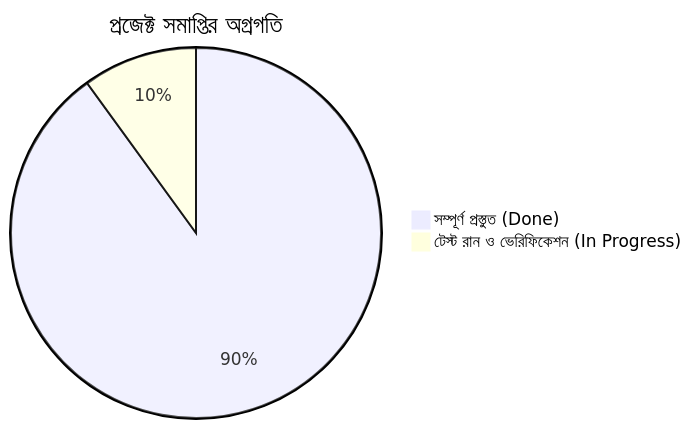
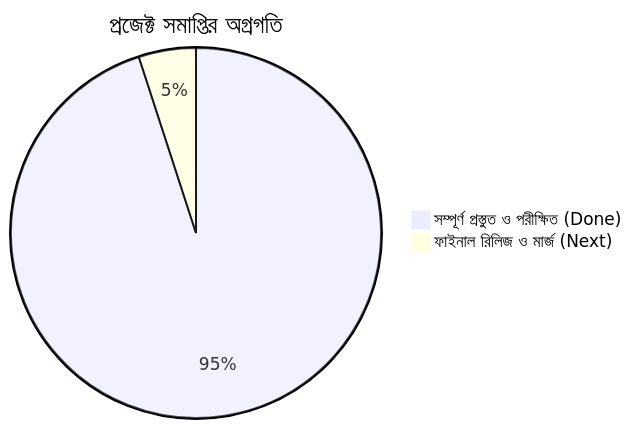
One commit to johnymahmud/radio-charu-app changed the diagram in docs/PROJECT_STATE.md. Above: the diagram before and after it, drawn with Mermaid. The commit also changed other lines of this file and 3 other files, not shown here.

````diff
--- a/docs/PROJECT_STATE.md
+++ b/docs/PROJECT_STATE.md
@@ -10,5 +10,5 @@
 ```mermaid
 pie title প্রজেক্ট সমাপ্তির অগ্রগতি
-    "সম্পূর্ণ প্রস্তুত (Done)" : 90
-    "টেস্ট রান ও ভেরিফিকেশন (In Progress)" : 10
+    "সম্পূর্ণ প্রস্তুত ও পরীক্ষিত (Done)" : 95
+    "ফাইনাল রিলিজ ও মার্জ (Next)" : 5
 ```
````
